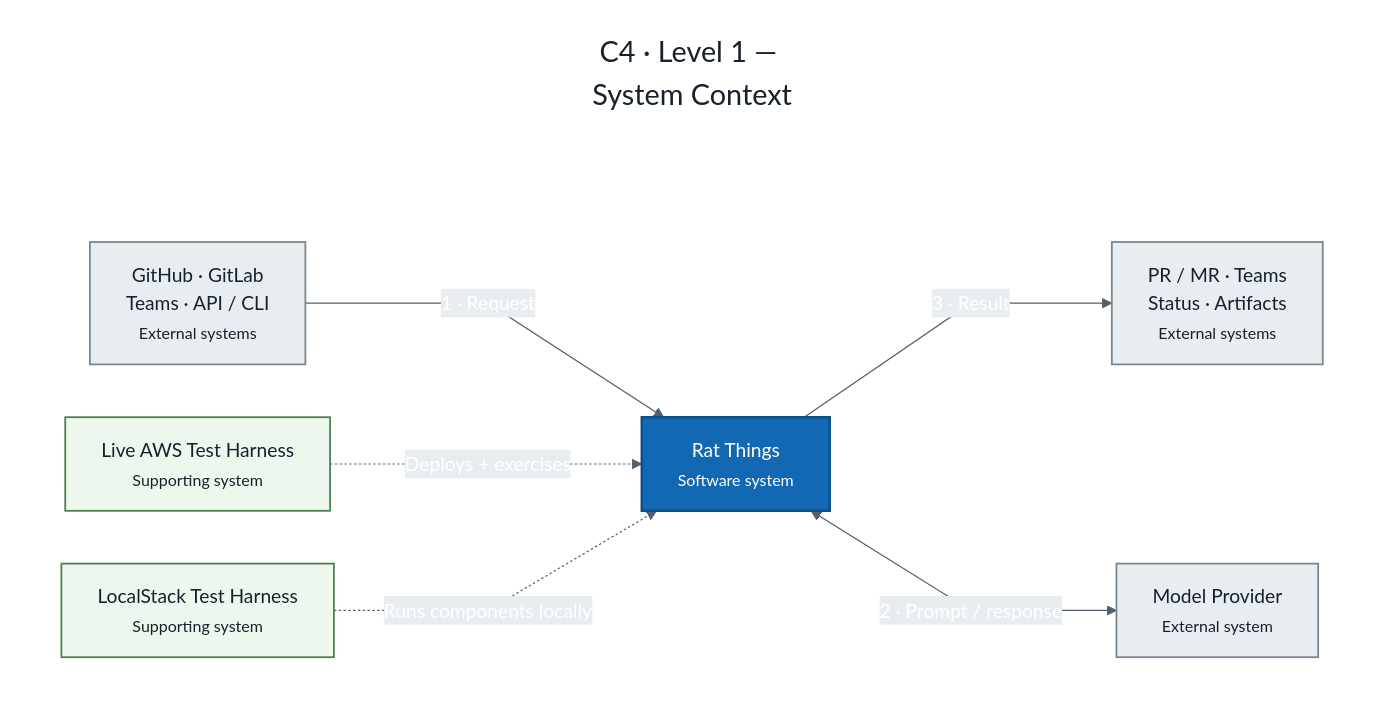
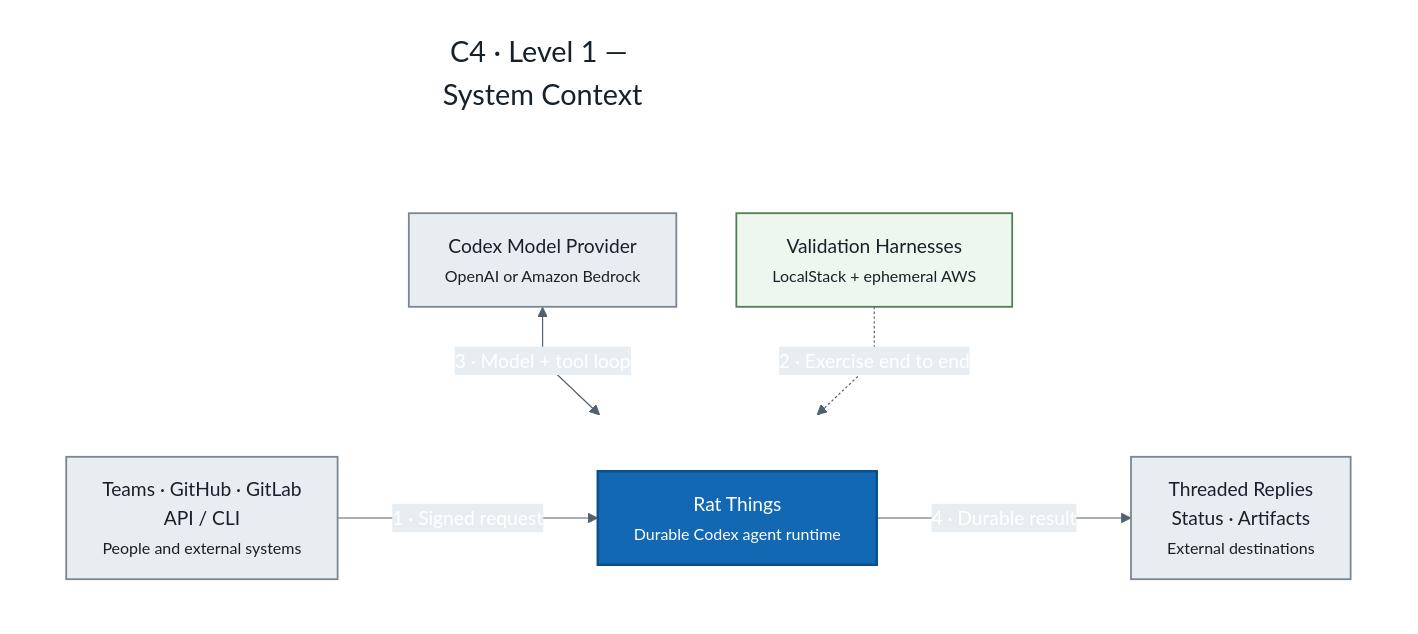
Before and after one commit to gpazo/Rat-Things: the diagram in docs/c4-system-context.mmd, drawn with Mermaid. The commit also changed 87 other files, not shown here.

Commit message:
feat: add durable Codex conversations on Lambda MicroVMs

```diff
--- a/docs/c4-system-context.mmd
+++ b/docs/c4-system-context.mmd
@@ -1,31 +1,30 @@
-%%{init: {"theme":"base","themeVariables":{"fontFamily":"Arial, sans-serif","primaryColor":"#1268b3","primaryTextColor":"#ffffff","primaryBorderColor":"#0b4f8a","lineColor":"#52606d","secondaryColor":"#e8edf2","tertiaryColor":"#eef7ee","background":"#ffffff"},"themeCSS":".nodeLabel,.edgeLabel,.cluster-label{font-family:Arial,sans-serif!important}.edgeLabel p{color:#344250!important;background:#ffffff!important}","flowchart":{"curve":"linear","nodeSpacing":44,"rankSpacing":58}}}%%
+%%{init: {"theme":"base","themeVariables":{"fontFamily":"Arial, sans-serif","primaryColor":"#1268b3","primaryTextColor":"#ffffff","primaryBorderColor":"#0b4f8a","lineColor":"#52606d","secondaryColor":"#e8edf2","tertiaryColor":"#eef7ee","background":"#ffffff"},"themeCSS":".nodeLabel,.edgeLabel,.cluster-label{font-family:Arial,sans-serif!important}.edgeLabel p{color:#344250!important;background:#ffffff!important}","flowchart":{"curve":"linear","nodeSpacing":50,"rankSpacing":66}}}%%
 flowchart TB
     title["C4 · Level 1 — System Context"]
+    model["Codex Model Provider<br/><small>OpenAI or Amazon Bedrock</small>"]
 
-    subgraph canvas[" "]
+    subgraph primary[" "]
         direction LR
-        sources["GitHub · GitLab<br/>Teams · API / CLI<br/><small>External systems</small>"]
-        runtime["Rat Things<br/><small>Software system</small>"]
-        destinations["PR / MR · Teams<br/>Status · Artifacts<br/><small>External systems</small>"]
-        model["Model Provider<br/><small>External system</small>"]
-        awsTest["Live AWS Test Harness<br/><small>Supporting system</small>"]
-        localTest["LocalStack Test Harness<br/><small>Supporting system</small>"]
+        sources["Teams · GitHub · GitLab<br/>API / CLI<br/><small>People and external systems</small>"]
+        runtime["Rat Things<br/><small>Durable Codex agent runtime</small>"]
+        destinations["Threaded Replies<br/>Status · Artifacts<br/><small>External destinations</small>"]
 
-        sources -->|1 · Request| runtime
-        runtime -->|3 · Result| destinations
-        runtime <-->|2 · Prompt / response| model
-        awsTest -.->|Deploys + exercises| runtime
-        localTest -.->|Runs components locally| runtime
+        sources -->|1 · Signed request| runtime
+        runtime -->|4 · Durable result| destinations
     end
 
-    title ~~~ runtime
+    validation["Validation Harnesses<br/><small>LocalStack + ephemeral AWS</small>"]
+
+    model <-->|3 · Model + tool loop| runtime
+    validation -.->|2 · Exercise end to end| runtime
+    title ~~~ model
 
     classDef title fill:transparent,color:#17212b,stroke:transparent,font-size:24px;
     classDef system fill:#1268b3,color:#ffffff,stroke:#0b4f8a,stroke-width:2px;
     classDef external fill:#e8edf2,color:#17212b,stroke:#7a8793,stroke-width:1.5px;
     classDef test fill:#eef7ee,color:#17212b,stroke:#4f8054,stroke-width:1.5px;
     class title title;
     class runtime system;
     class sources,destinations,model external;
-    class awsTest,localTest test;
-    style canvas fill:transparent,stroke:transparent;
+    class validation test;
+    style primary fill:transparent,stroke:transparent;
```
